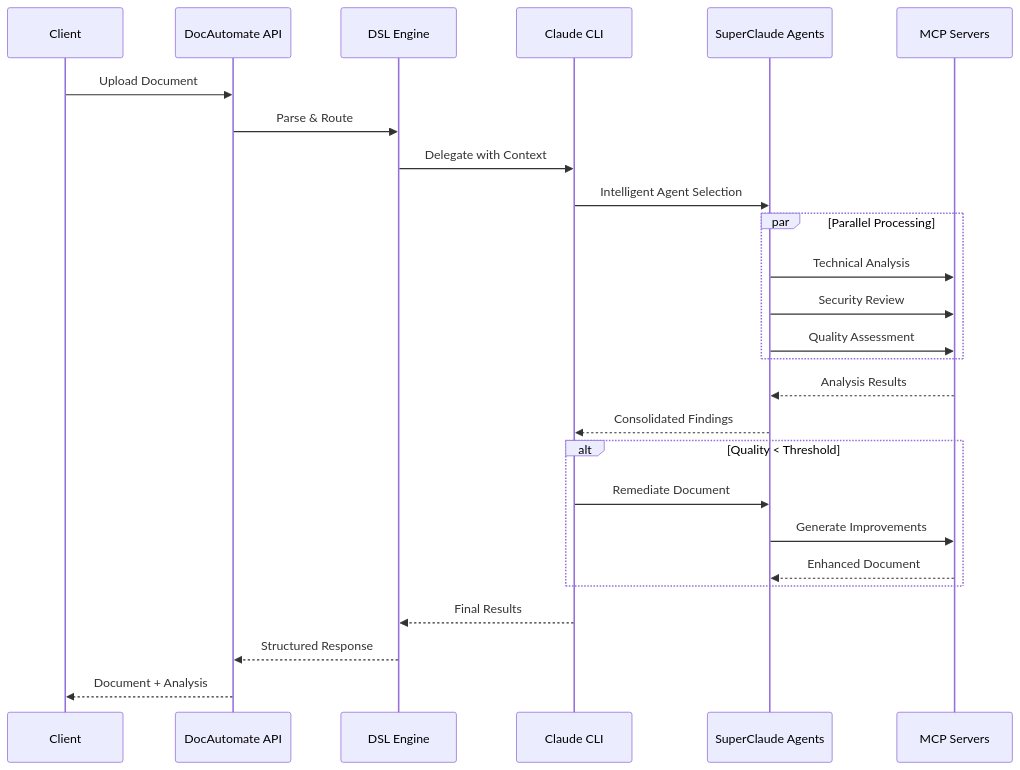
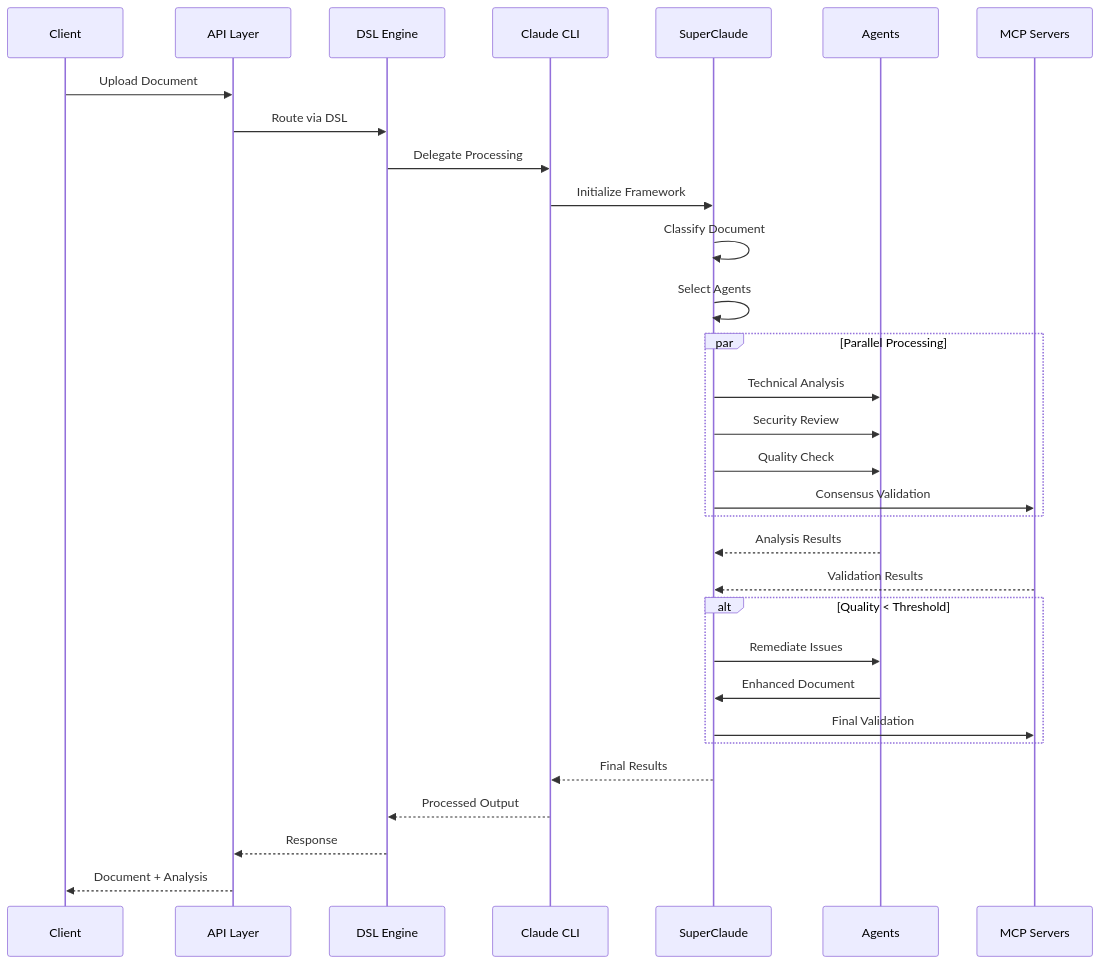
One commit to Tony363/DocAutomate changed the second of 7 diagrams in README.md. Above: the diagram before and after it, drawn with Mermaid. The commit also changed other lines of this file and 6 other files, not shown here.

````diff
--- a/README.md
+++ b/README.md
@@ -247,33 +161,39 @@
 ```mermaid
 sequenceDiagram
-    participant Client
-    participant API as DocAutomate API
-    participant DSL as DSL Engine
-    participant Claude as Claude CLI
-    participant Agents as SuperClaude Agents
+    participant C as Client
+    participant A as API Layer
+    participant D as DSL Engine
+    participant CL as Claude CLI
+    participant SC as SuperClaude
+    participant AG as Agents
     participant MCP as MCP Servers
 
-    Client->>API: Upload Document
-    API->>DSL: Parse & Route
-    DSL->>Claude: Delegate with Context
-    Claude->>Agents: Intelligent Agent Selection
+    C->>A: Upload Document
+    A->>D: Route via DSL
+    D->>CL: Delegate Processing
+    CL->>SC: Initialize Framework
+    
+    SC->>SC: Classify Document
+    SC->>SC: Select Agents
     
     par Parallel Processing
-        Agents->>MCP: Technical Analysis
-        Agents->>MCP: Security Review
-        Agents->>MCP: Quality Assessment
+        SC->>AG: Technical Analysis
+        SC->>AG: Security Review
+        SC->>AG: Quality Check
+        SC->>MCP: Consensus Validation
     end
     
-    MCP-->>Agents: Analysis Results
-    Agents-->>Claude: Consolidated Findings
+    AG-->>SC: Analysis Results
+    MCP-->>SC: Validation Results
     
     alt Quality < Threshold
-        Claude->>Agents: Remediate Document
-        Agents->>MCP: Generate Improvements
-        MCP-->>Agents: Enhanced Document
+        SC->>AG: Remediate Issues
+        AG->>SC: Enhanced Document
+        SC->>MCP: Final Validation
     end
     
-    Claude-->>DSL: Final Results
-    DSL-->>API: Structured Response
-    API-->>Client: Document + Analysis
+    SC-->>CL: Final Results
+    CL-->>D: Processed Output
+    D-->>A: Response
+    A-->>C: Document + Analysis
 ```
````
